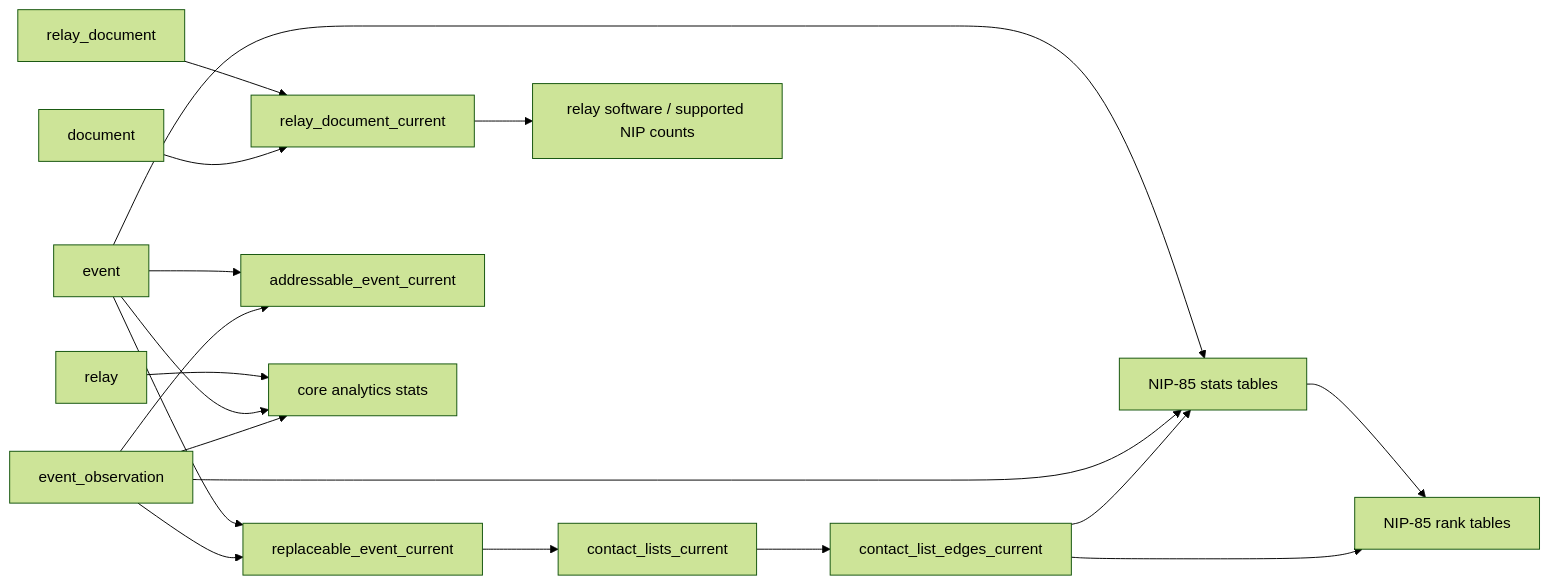
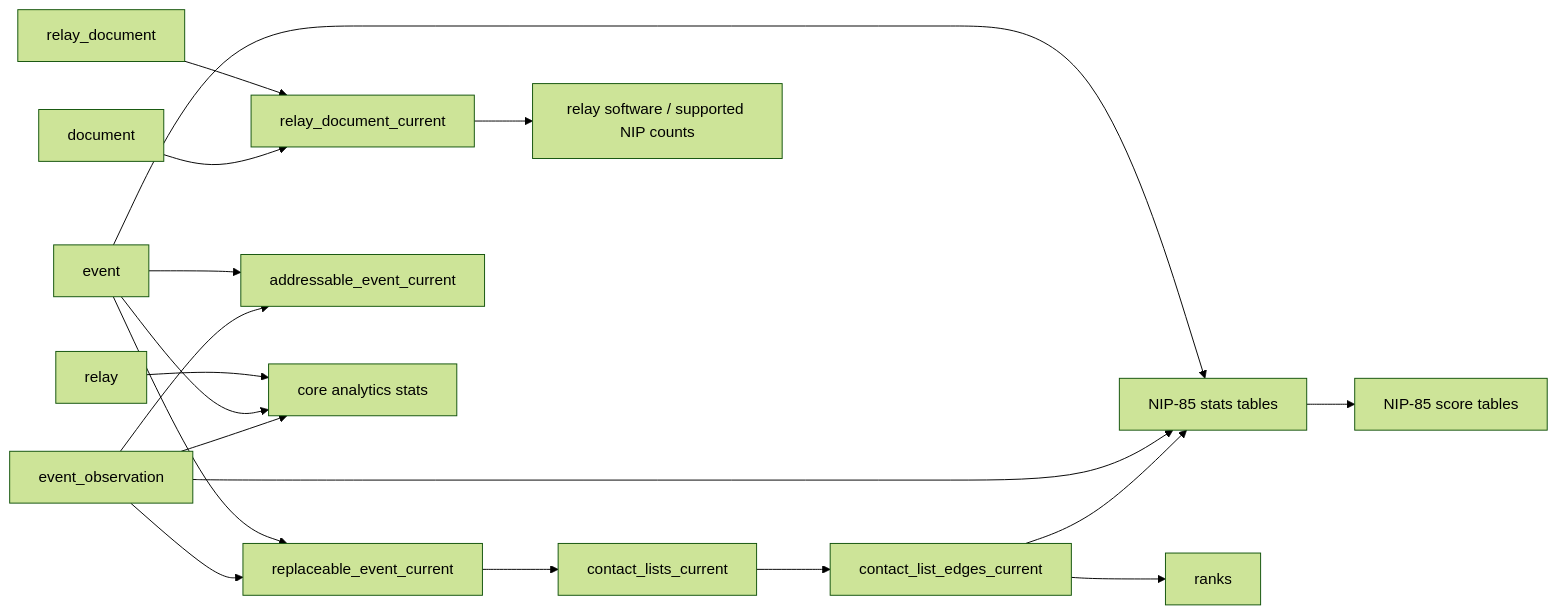
One commit to BigBrotr/bigbrotr changed the second of 2 diagrams in docs/user-guide/database.md. Above: the diagram before and after it, drawn with Mermaid (forest theme). The commit also changed other lines of this file and 31 other files, not shown here.

````diff
--- a/docs/user-guide/database.md
+++ b/docs/user-guide/database.md
@@ -95,37 +95,37 @@
 ```mermaid
 flowchart LR
     event["event"]
     event_observation["event_observation"]
     relay["relay"]
     relay_document["relay_document"]
     document["document"]
 
     relay_document_current["relay_document_current"]
     replaceable["replaceable_event_current"]
     addressable["addressable_event_current"]
     contacts["contact_lists_current"]
     edges["contact_list_edges_current"]
 
     core_stats["core analytics stats"]
     relay_meta_stats["relay software / supported NIP counts"]
     nip85_stats["NIP-85 stats tables"]
-    ranks["NIP-85 rank tables"]
+    scores["NIP-85 score tables"]
 
     relay_document --> relay_document_current
     document --> relay_document_current
     relay --> core_stats
     event --> replaceable
     event --> addressable
     event --> core_stats
     event --> nip85_stats
     event_observation --> replaceable
     event_observation --> addressable
     event_observation --> core_stats
     event_observation --> nip85_stats
     relay_document_current --> relay_meta_stats
     replaceable --> contacts
     contacts --> edges
     edges --> nip85_stats
-    nip85_stats --> ranks
+    nip85_stats --> scores
     edges --> ranks
 ```
````
